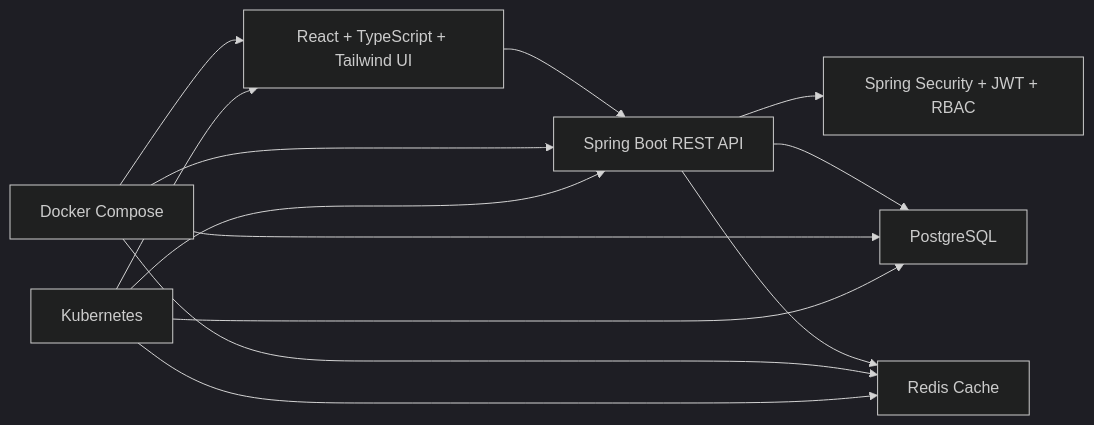
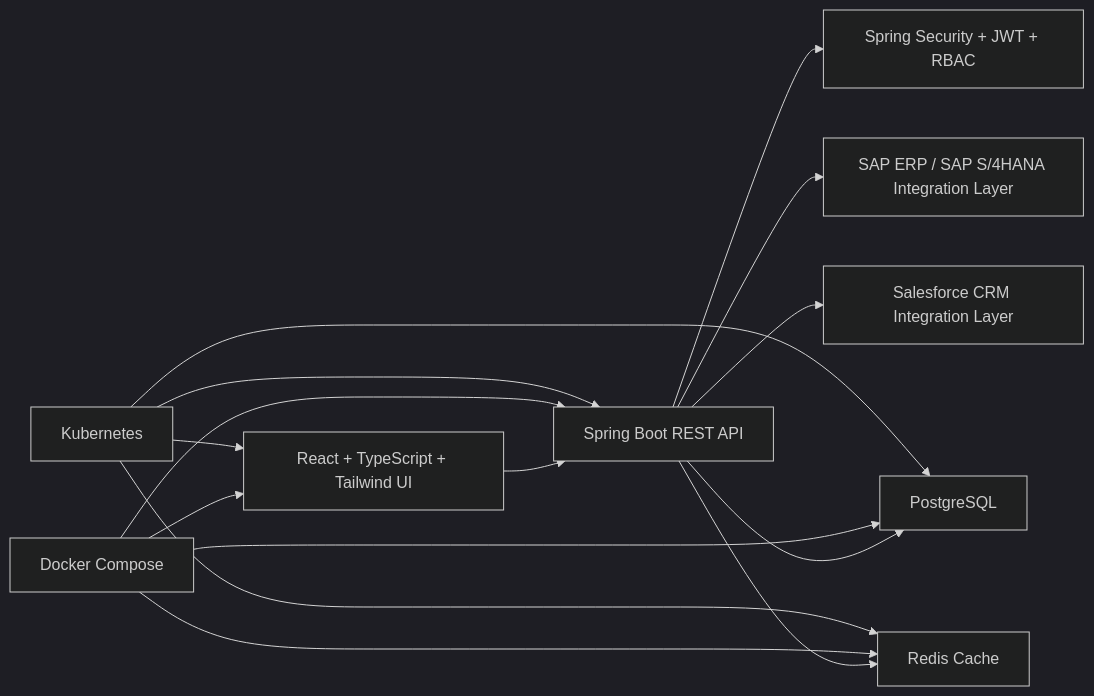
One commit to mihir252731/cloud-inventory-order-management changed the diagram in docs/architecture.md. Above: the diagram before and after it, drawn with Mermaid (dark theme). The commit also changed other lines of this file and 60 other files, not shown here.

Commit message:
Align project with enterprise SAP and Salesforce integration platform

````diff
--- a/docs/architecture.md
+++ b/docs/architecture.md
@@ -3,15 +3,17 @@
 ```mermaid
 flowchart LR
     A["React + TypeScript + Tailwind UI"] --> B["Spring Boot REST API"]
     B --> C["Spring Security + JWT + RBAC"]
     B --> D["PostgreSQL"]
     B --> E["Redis Cache"]
+    B --> H["SAP ERP / SAP S/4HANA Integration Layer"]
+    B --> I["Salesforce CRM Integration Layer"]
     F["Docker Compose"] --> A
     F --> B
     F --> D
     F --> E
     G["Kubernetes"] --> A
     G --> B
     G --> D
     G --> E
 ```
````
